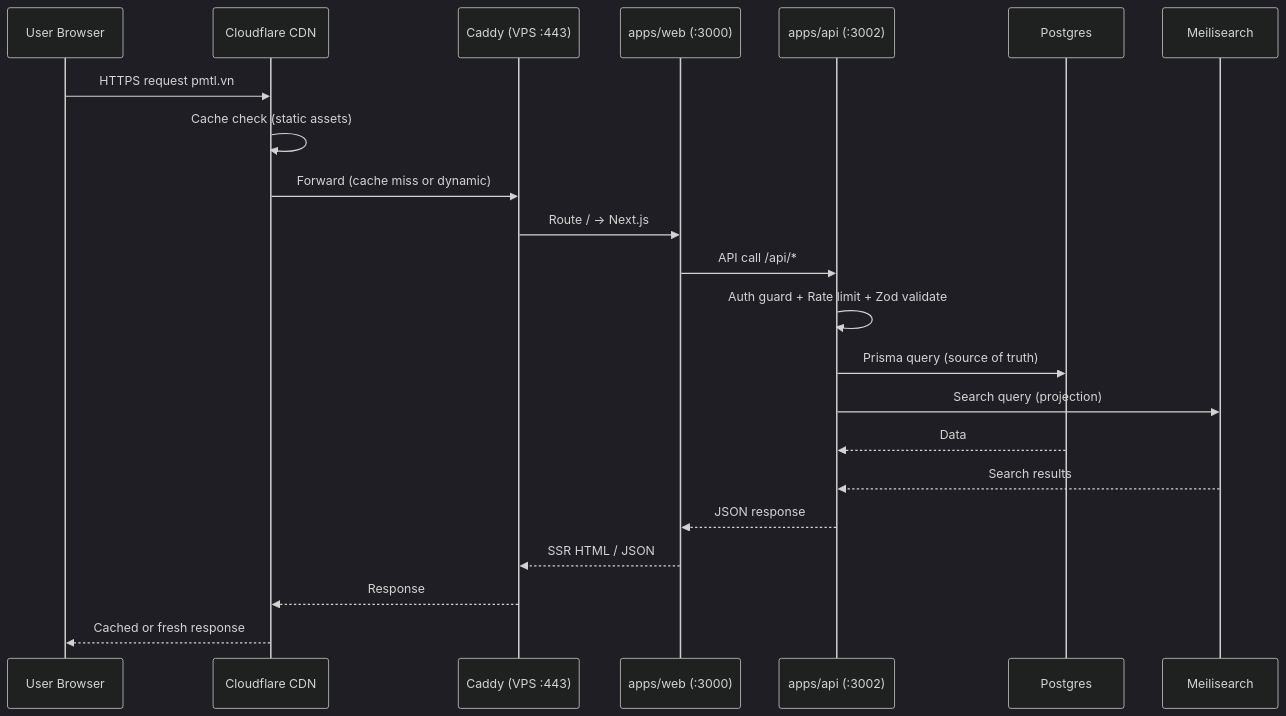
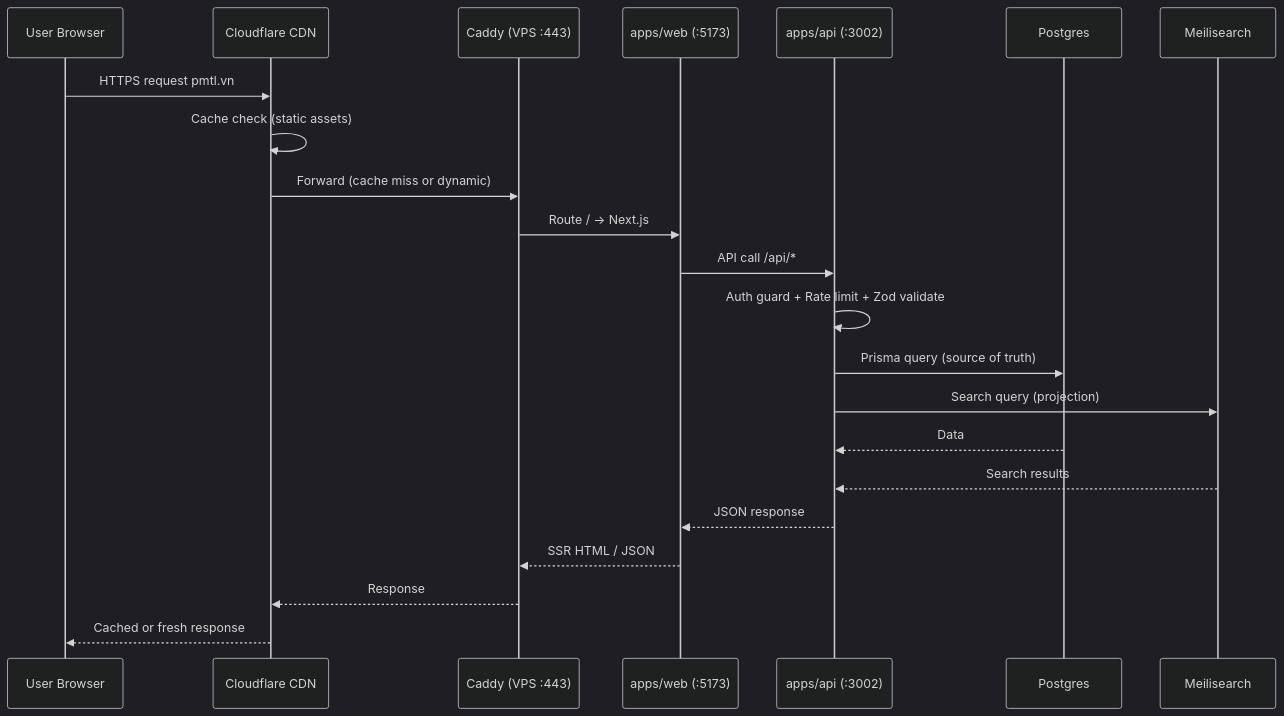
The second of 3 diagrams in design/visuals/VPS_FULL_STACK_CYLINDER.md (QuyenVjp/PMTL_VN), drawn with Mermaid (dark theme) before and after one commit. The commit also changed other lines of this file and 176 other files, not shown here.

````diff
--- a/design/visuals/VPS_FULL_STACK_CYLINDER.md
+++ b/design/visuals/VPS_FULL_STACK_CYLINDER.md
@@ -89,25 +89,25 @@
 ```mermaid
 sequenceDiagram
   participant U as User Browser
   participant CF as Cloudflare CDN
   participant C as Caddy (VPS :443)
-  participant W as apps/web (:3000)
+  participant W as apps/web (:5173)
   participant A as apps/api (:3002)
   participant P as Postgres
   participant M as Meilisearch
 
   U->>CF: HTTPS request pmtl.vn
   CF->>CF: Cache check (static assets)
   CF->>C: Forward (cache miss or dynamic)
   C->>W: Route / → Next.js
   W->>A: API call /api/*
   A->>A: Auth guard + Rate limit + Zod validate
   A->>P: Prisma query (source of truth)
   A->>M: Search query (projection)
   P-->>A: Data
   M-->>A: Search results
   A-->>W: JSON response
   W-->>C: SSR HTML / JSON
   C-->>CF: Response
   CF-->>U: Cached or fresh response
 ```
````
